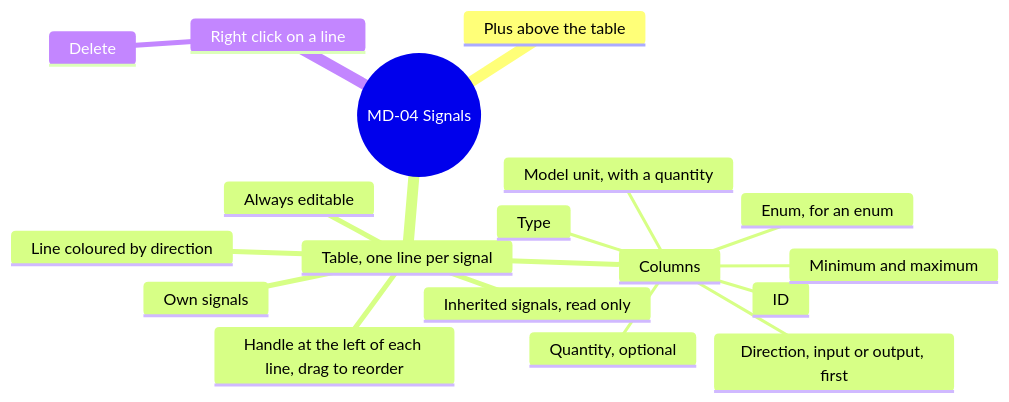
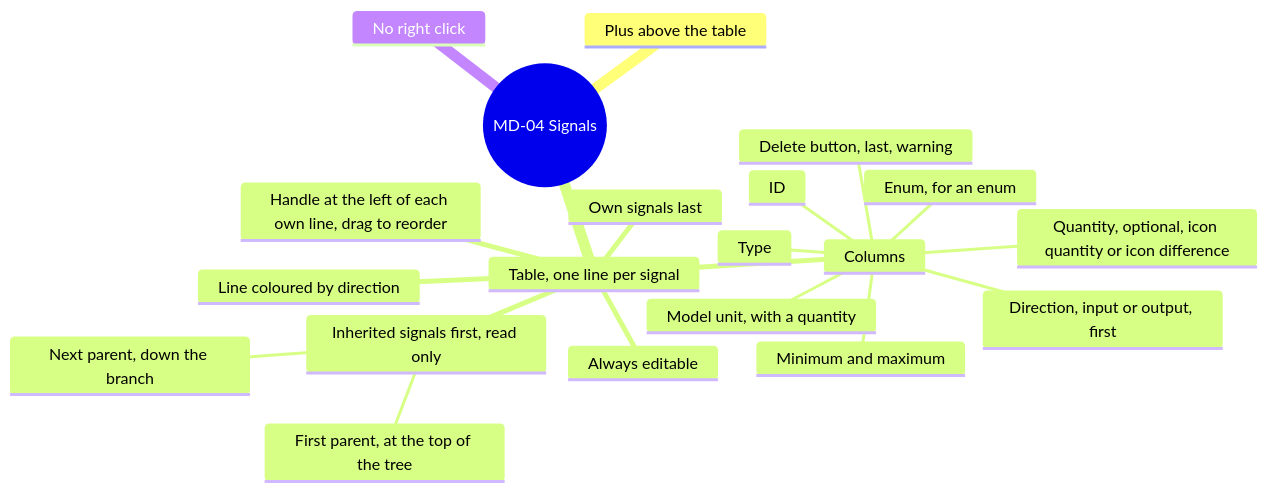
Before and after one commit to AlexandreGallais/synoptic-studio-spec: the seventh of 16 diagrams in screens/metadata.md, drawn with Mermaid. The commit also changed other lines of this file and 13 other files, not shown here.

````diff
--- a/screens/metadata.md
+++ b/screens/metadata.md
@@ -179,21 +197,23 @@
 ```mermaid
 mindmap
   root((MD-04 Signals))
     Plus above the table
     Table, one line per signal
-      Own signals
-      Inherited signals, read only
+      Inherited signals first, read only
+        First parent, at the top of the tree
+        Next parent, down the branch
+      Own signals last
       Always editable
       Line coloured by direction
-      Handle at the left of each line, drag to reorder
+      Handle at the left of each own line, drag to reorder
       Columns
         Direction, input or output, first
         ID
         Type
         Enum, for an enum
-        Quantity, optional
+        Quantity, optional, icon quantity or icon difference
         Model unit, with a quantity
         Minimum and maximum
-    Right click on a line
-      Delete
+        Delete button, last, warning
+    No right click
 ```
````
